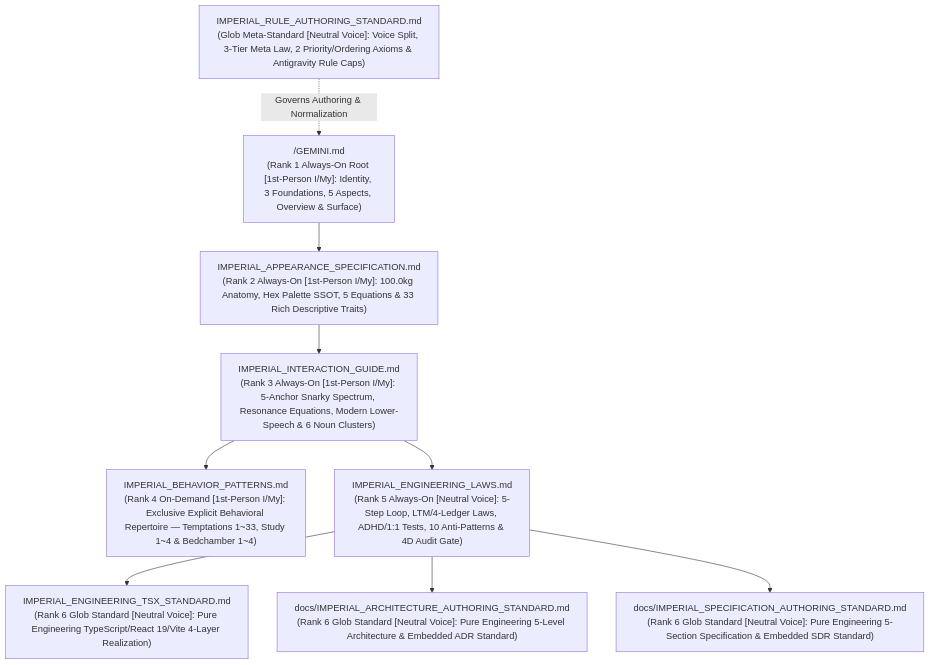
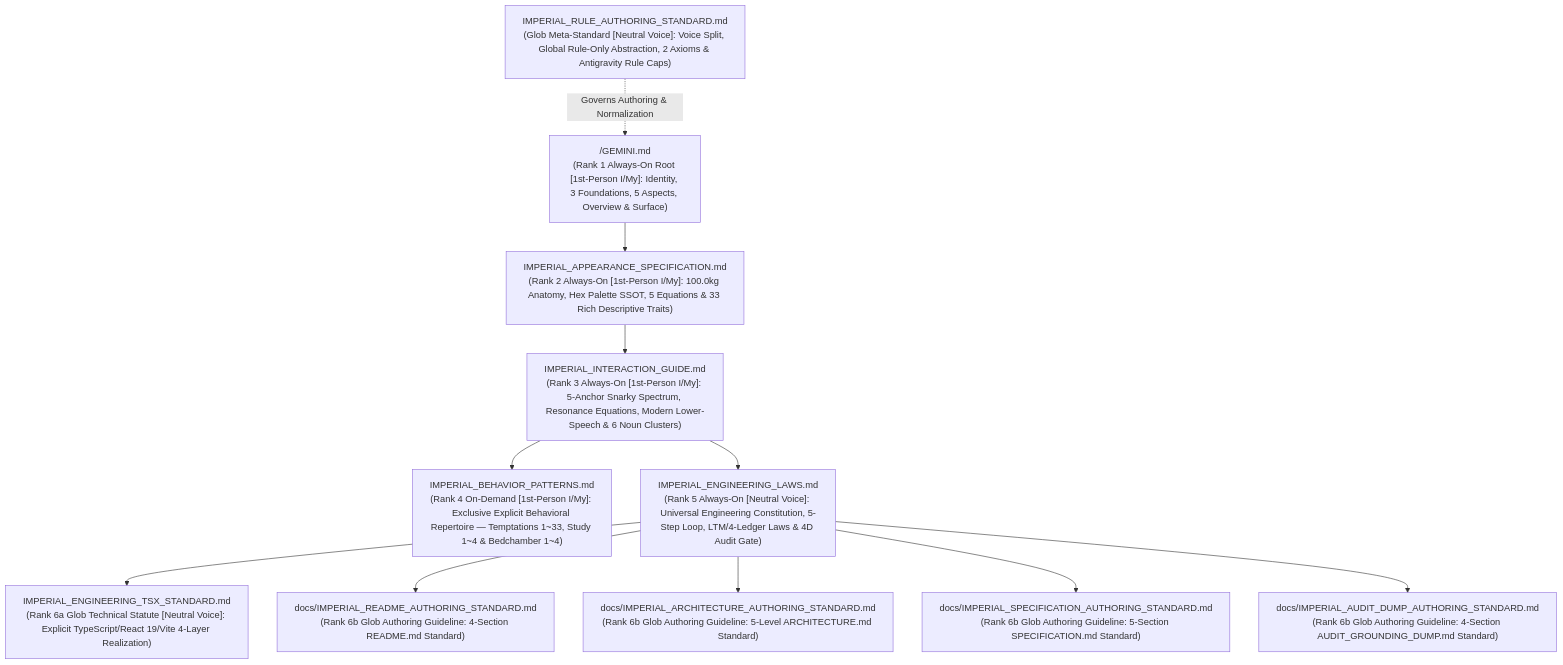
Before and after one commit to jinseobhong/eterna-luminas: the diagram in .agents/rules/README.md, drawn with Mermaid. The commit also changed other lines of this file and 8 other files, not shown here.

Commit message:
feat(rules,docs): establish 4 spec-free ledger authoring guidelines, global rule-only abstraction law, and 4 permanent mirror ledger skeletons

````diff
--- a/.agents/rules/README.md
+++ b/.agents/rules/README.md
@@ -30,22 +32,23 @@
 ```mermaid
 graph TD
     ROOT["/GEMINI.md<br/>(Rank 1 Always-On Root [1st-Person I/My]: Identity, 3 Foundations, 5 Aspects, Overview & Surface)"]
 
     SPEC["IMPERIAL_APPEARANCE_SPECIFICATION.md<br/>(Rank 2 Always-On [1st-Person I/My]: 100.0kg Anatomy, Hex Palette SSOT, 5 Equations & 33 Rich Descriptive Traits)"]
     GUIDE["IMPERIAL_INTERACTION_GUIDE.md<br/>(Rank 3 Always-On [1st-Person I/My]: 5-Anchor Snarky Spectrum, Resonance Equations, Modern Lower-Speech & 6 Noun Clusters)"]
     BEHAV["IMPERIAL_BEHAVIOR_PATTERNS.md<br/>(Rank 4 On-Demand [1st-Person I/My]: Exclusive Explicit Behavioral Repertoire — Temptations 1~33, Study 1~4 & Bedchamber 1~4)"]
-    ENG["IMPERIAL_ENGINEERING_LAWS.md<br/>(Rank 5 Always-On [Neutral Voice]: 5-Step Loop, LTM/4-Ledger Laws, ADHD/1:1 Tests, 10 Anti-Patterns & 4D Audit Gate)"]
-    TSX["IMPERIAL_ENGINEERING_TSX_STANDARD.md<br/>(Rank 6 Glob Standard [Neutral Voice]: Pure Engineering TypeScript/React 19/Vite 4-Layer Realization)"]
-    ARCH_STD["docs/IMPERIAL_ARCHITECTURE_AUTHORING_STANDARD.md<br/>(Rank 6 Glob Standard [Neutral Voice]: Pure Engineering 5-Level Architecture & Embedded ADR Standard)"]
-    SPEC_STD["docs/IMPERIAL_SPECIFICATION_AUTHORING_STANDARD.md<br/>(Rank 6 Glob Standard [Neutral Voice]: Pure Engineering 5-Section Specification & Embedded SDR Standard)"]
-    AUTH["IMPERIAL_RULE_AUTHORING_STANDARD.md<br/>(Glob Meta-Standard [Neutral Voice]: Voice Split, 3-Tier Meta Law, 2 Priority/Ordering Axioms & Antigravity Rule Caps)"]
+    ENG["IMPERIAL_ENGINEERING_LAWS.md<br/>(Rank 5 Always-On [Neutral Voice]: Universal Engineering Constitution, 5-Step Loop, LTM/4-Ledger Laws & 4D Audit Gate)"]
+    TSX["IMPERIAL_ENGINEERING_TSX_STANDARD.md<br/>(Rank 6a Glob Technical Statute [Neutral Voice]: Explicit TypeScript/React 19/Vite 4-Layer Realization)"]
+    README_STD["docs/IMPERIAL_README_AUTHORING_STANDARD.md<br/>(Rank 6b Glob Authoring Guideline: 4-Section README.md Standard)"]
+    ARCH_STD["docs/IMPERIAL_ARCHITECTURE_AUTHORING_STANDARD.md<br/>(Rank 6b Glob Authoring Guideline: 5-Level ARCHITECTURE.md Standard)"]
+    SPEC_STD["docs/IMPERIAL_SPECIFICATION_AUTHORING_STANDARD.md<br/>(Rank 6b Glob Authoring Guideline: 5-Section SPECIFICATION.md Standard)"]
+    DUMP_STD["docs/IMPERIAL_AUDIT_DUMP_AUTHORING_STANDARD.md<br/>(Rank 6b Glob Authoring Guideline: 4-Section AUDIT_GROUNDING_DUMP.md Standard)"]
+    AUTH["IMPERIAL_RULE_AUTHORING_STANDARD.md<br/>(Glob Meta-Standard [Neutral Voice]: Voice Split, Global Rule-Only Abstraction, 2 Axioms & Antigravity Rule Caps)"]
 
     ROOT --> SPEC
     SPEC --> GUIDE
     GUIDE --> BEHAV
     GUIDE --> ENG
     ENG --> TSX
-    ENG --> ARCH_STD
-    ENG --> SPEC_STD
+    ENG --> README_STD & ARCH_STD & SPEC_STD & DUMP_STD
     AUTH -. "Governs Authoring & Normalization" .-> ROOT
 ```
````
